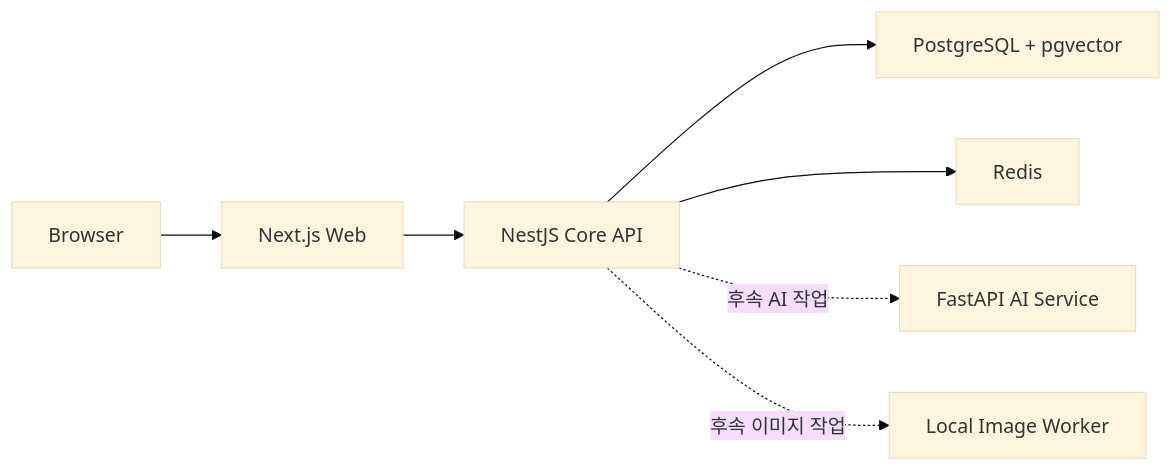
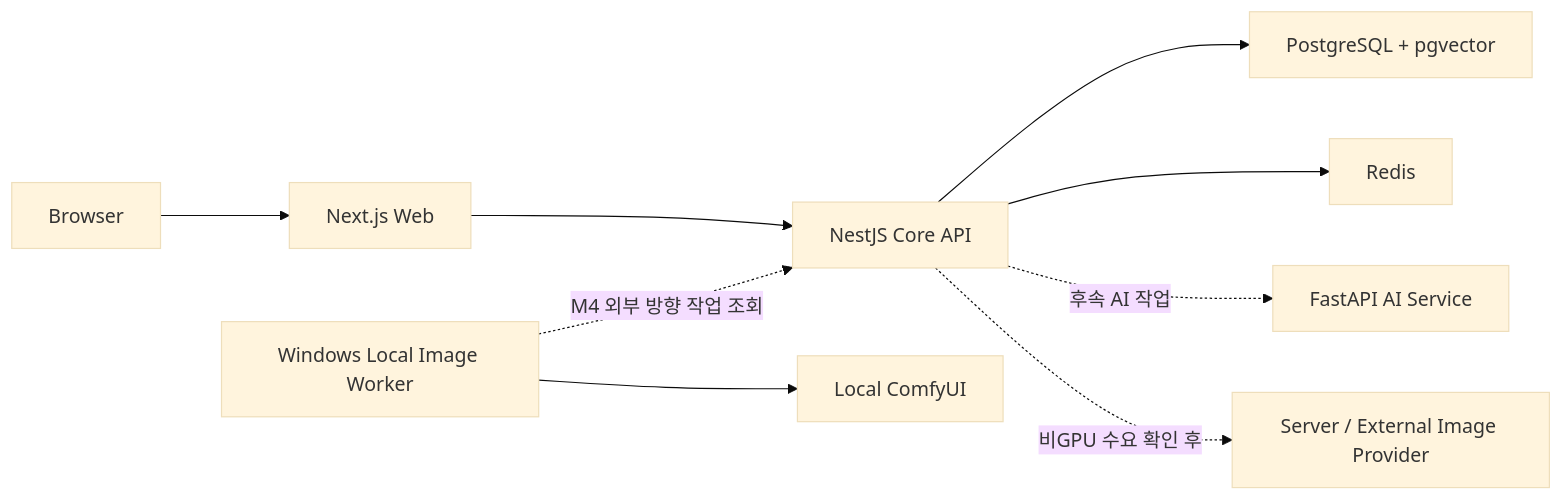
One commit to praymyk/qqup-showcase changed the diagram in docs/architecture.md. Above: the diagram before and after it, drawn with Mermaid (base theme). The commit also changed other lines of this file and 2 other files, not shown here.

Commit message:
docs: refresh architecture and image execution plan

````diff
--- a/docs/architecture.md
+++ b/docs/architecture.md
@@ -12,9 +13,11 @@
 ```mermaid
 flowchart LR
     CLIENT["Browser"] --> WEB["Next.js Web"]
     WEB --> API["NestJS Core API"]
     API --> DB["PostgreSQL + pgvector"]
     API --> CACHE["Redis"]
     API -. "후속 AI 작업" .-> AI["FastAPI AI Service"]
-    API -. "후속 이미지 작업" .-> WORKER["Local Image Worker"]
+    WORKER["Windows Local Image Worker"] -. "M4 외부 방향 작업 조회" .-> API
+    WORKER --> COMFY["Local ComfyUI"]
+    API -. "비GPU 수요 확인 후" .-> PROVIDER["Server / External Image Provider"]
 ```
````
